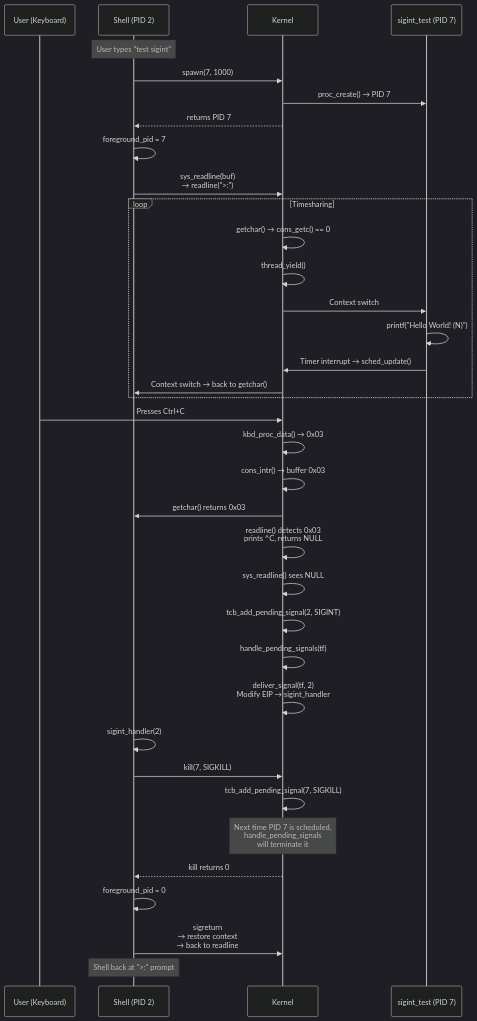
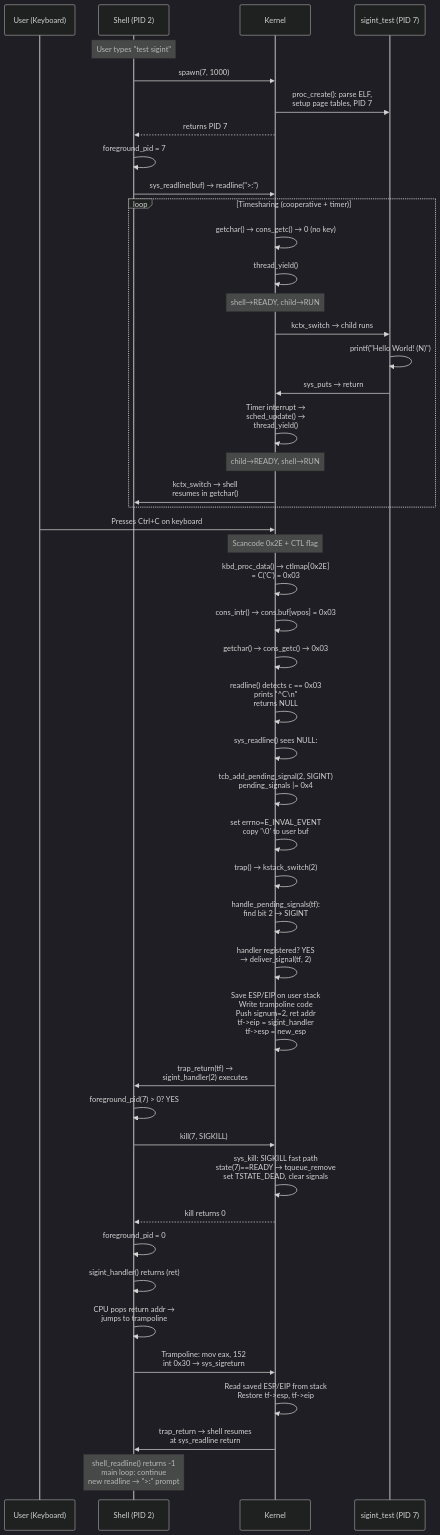
Before and after one commit to SillyCatto/OS_Project-Signal: the second of 2 diagrams in docs/sigsegv-sigint/test_sigint.md, drawn with Mermaid (dark theme). The commit also changed other lines of this file and 2 other files, not shown here.

````diff
--- a/docs/sigsegv-sigint/test_sigint.md
+++ b/docs/sigsegv-sigint/test_sigint.md
@@ -247,43 +838,54 @@
 ```mermaid
 sequenceDiagram
     participant User as User (Keyboard)
     participant Shell as Shell (PID 2)
     participant Kernel as Kernel
     participant Child as sigint_test (PID 7)
 
     Note over Shell: User types "test sigint"
     Shell->>Kernel: spawn(7, 1000)
-    Kernel->>Child: proc_create() → PID 7
+    Kernel->>Child: proc_create(): parse ELF,<br/>setup page tables, PID 7
     Kernel-->>Shell: returns PID 7
     Shell->>Shell: foreground_pid = 7
-    Shell->>Kernel: sys_readline(buf)<br/>→ readline(">:")
+    Shell->>Kernel: sys_readline(buf) → readline(">:")
 
-    loop Timesharing
-        Kernel->>Kernel: getchar() → cons_getc() == 0
+    loop Timesharing (cooperative + timer)
+        Kernel->>Kernel: getchar() → cons_getc() → 0 (no key)
         Kernel->>Kernel: thread_yield()
-        Kernel->>Child: Context switch
+        Note over Kernel: shell→READY, child→RUN
+        Kernel->>Child: kctx_switch → child runs
         Child->>Child: printf("Hello World! (N)")
-        Child->>Kernel: Timer interrupt → sched_update()
-        Kernel->>Shell: Context switch → back to getchar()
+        Child->>Kernel: sys_puts → return
+        Kernel->>Kernel: Timer interrupt →<br/>sched_update() →<br/>thread_yield()
+        Note over Kernel: child→READY, shell→RUN
+        Kernel->>Shell: kctx_switch → shell<br/>resumes in getchar()
     end
 
-    User->>Kernel: Presses Ctrl+C
-    Kernel->>Kernel: kbd_proc_data() → 0x03
-    Kernel->>Kernel: cons_intr() → buffer 0x03
-    Kernel->>Shell: getchar() returns 0x03
-    Kernel->>Kernel: readline() detects 0x03<br/>prints ^C, returns NULL
-    Kernel->>Kernel: sys_readline() sees NULL
-    Kernel->>Kernel: tcb_add_pending_signal(2, SIGINT)
-    Kernel->>Kernel: handle_pending_signals(tf)
-    Kernel->>Kernel: deliver_signal(tf, 2)<br/>Modify EIP → sigint_handler
+    User->>Kernel: Presses Ctrl+C on keyboard
+    Note over Kernel: Scancode 0x2E + CTL flag
+    Kernel->>Kernel: kbd_proc_data() → ctlmap[0x2E]<br/>= C('C') = 0x03
+    Kernel->>Kernel: cons_intr() → cons.buf[wpos] = 0x03
+    Kernel->>Kernel: getchar() → cons_getc() → 0x03
+    Kernel->>Kernel: readline() detects c == 0x03<br/>prints "^C\n"<br/>returns NULL
+    Kernel->>Kernel: sys_readline() sees NULL:
+    Kernel->>Kernel: tcb_add_pending_signal(2, SIGINT)<br/>pending_signals |= 0x4
+    Kernel->>Kernel: set errno=E_INVAL_EVENT<br/>copy '\0' to user buf
+    Kernel->>Kernel: trap() → kstack_switch(2)
+    Kernel->>Kernel: handle_pending_signals(tf):<br/>find bit 2 → SIGINT
+    Kernel->>Kernel: handler registered? YES<br/>→ deliver_signal(tf, 2)
+    Kernel->>Kernel: Save ESP/EIP on user stack<br/>Write trampoline code<br/>Push signum=2, ret addr<br/>tf->eip = sigint_handler<br/>tf->esp = new_esp
 
-    Shell->>Shell: sigint_handler(2)
+    Kernel->>Shell: trap_return(tf) →<br/>sigint_handler(2) executes
+    Shell->>Shell: foreground_pid(7) > 0? YES
     Shell->>Kernel: kill(7, SIGKILL)
-    Kernel->>Kernel: tcb_add_pending_signal(7, SIGKILL)
-    Note over Kernel: Next time PID 7 is scheduled,<br/>handle_pending_signals<br/>will terminate it
+    Kernel->>Kernel: sys_kill: SIGKILL fast path<br/>state(7)==READY → tqueue_remove<br/>set TSTATE_DEAD, clear signals
     Kernel-->>Shell: kill returns 0
     Shell->>Shell: foreground_pid = 0
-    Shell->>Kernel: sigreturn<br/>→ restore context<br/>→ back to readline
+    Shell->>Shell: sigint_handler() returns (ret)
+    Shell->>Shell: CPU pops return addr →<br/>jumps to trampoline
+    Shell->>Kernel: Trampoline: mov eax, 152<br/>int 0x30 → sys_sigreturn
+    Kernel->>Kernel: Read saved ESP/EIP from stack<br/>Restore tf->esp, tf->eip
+    Kernel->>Shell: trap_return → shell resumes<br/>at sys_readline return
 
-    Note over Shell: Shell back at ">:" prompt
+    Note over Shell: shell_readline() returns -1<br/>main loop: continue<br/>new readline → ">:" prompt
 ```
````
